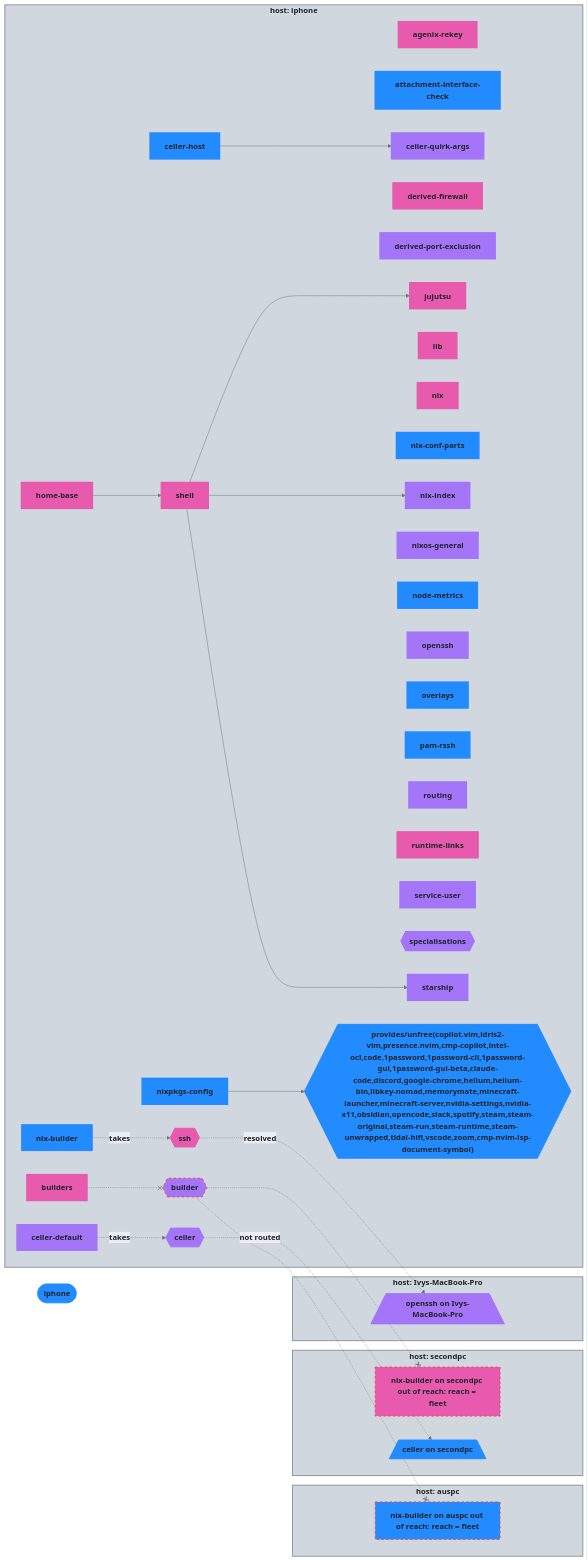
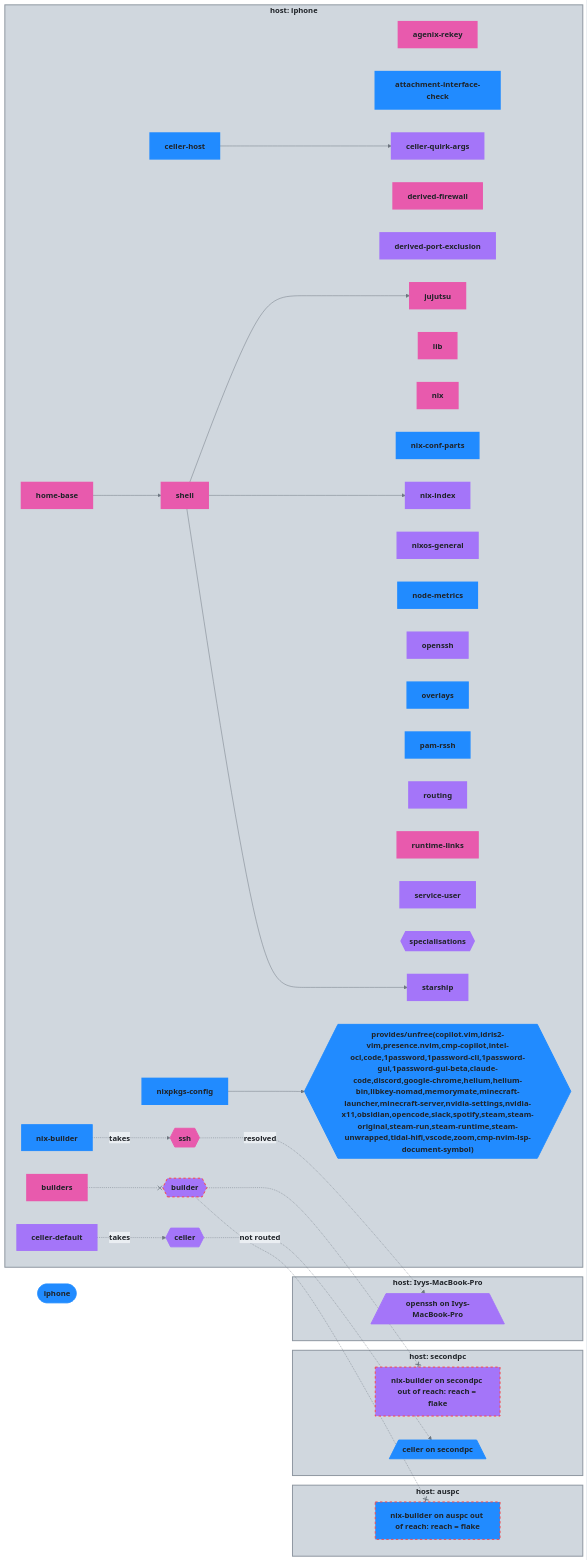
One commit to auscyber/dotfiles changed the sixth of 12 diagrams in README.md. Above: the diagram before and after it, drawn with Mermaid. The commit also changed other lines of this file and 7 other files, not shown here.

```diff
--- a/README.md
+++ b/README.md
@@ -1648,11 +1848,11 @@
   cap_nix_builder_ssh_t -.->|takes| cap_nix_builder_ssh
   end
   subgraph ctx_host_auspc["host: auspc"]
-  cap_builders_builder_ox0["nix-builder on auspc out of reach: reach = fleet"]:::cap_builders_builder_ox0_c
+  cap_builders_builder_ox0["nix-builder on auspc out of reach: reach = flake"]:::cap_builders_builder_ox0_c
 
   end
   subgraph ctx_host_secondpc["host: secondpc"]
-  cap_builders_builder_ox1["nix-builder on secondpc out of reach: reach = fleet"]:::cap_builders_builder_ox1_c
+  cap_builders_builder_ox1["nix-builder on secondpc out of reach: reach = flake"]:::cap_builders_builder_ox1_c
   cap_celler_default_celler_g_celler[/"celler on secondpc"\]:::cap_celler_default_celler_g_celler_c
 
   end
@@ -1695,7 +1895,7 @@
   classDef den__provides__unfree_copilot_vim_idris2_vim_presence_nvim_cmp_copilot_intel_ocl_code_1password_1password_cli_1password_gui_1password_gui_beta_claude_code_discord_google_chrome_helium_helium_bin_libkey_nomad_memorymate_minecraft_launcher_minecraft_server_nvidia_settings_nvidia_x11_obsidian_opencode_slack_spotify_steam_steam_original_steam_run_steam_runtime_steam_unwrapped_tidal_hifi_vscode_zoom_cmp_nvim_lsp_document_symbol__c fill:#218bff,stroke:#218bff,color:#1f2328,stroke-width:2px
   classDef cap_builders_builder_c fill:#a475f9,stroke:#fa4549,color:#1f2328,stroke-dasharray: 5 5,stroke-width:2px
   classDef cap_builders_builder_ox0_c fill:#218bff,stroke:#fa4549,color:#1f2328,stroke-dasharray: 5 5,stroke-width:2px
-  classDef cap_builders_builder_ox1_c fill:#e85aad,stroke:#fa4549,color:#1f2328,stroke-dasharray: 5 5,stroke-width:2px
+  classDef cap_builders_builder_ox1_c fill:#a475f9,stroke:#fa4549,color:#1f2328,stroke-dasharray: 5 5,stroke-width:2px
   classDef cap_celler_default_celler_c fill:#a475f9,stroke:#a475f9,color:#1f2328,stroke-width:2px
   classDef cap_celler_default_celler_g_celler_c fill:#218bff,stroke:#218bff,color:#1f2328,stroke-width:2px
   classDef cap_celler_default_celler_t_c fill:#a475f9,stroke:#a475f9,color:#1f2328,stroke-width:2px
```
